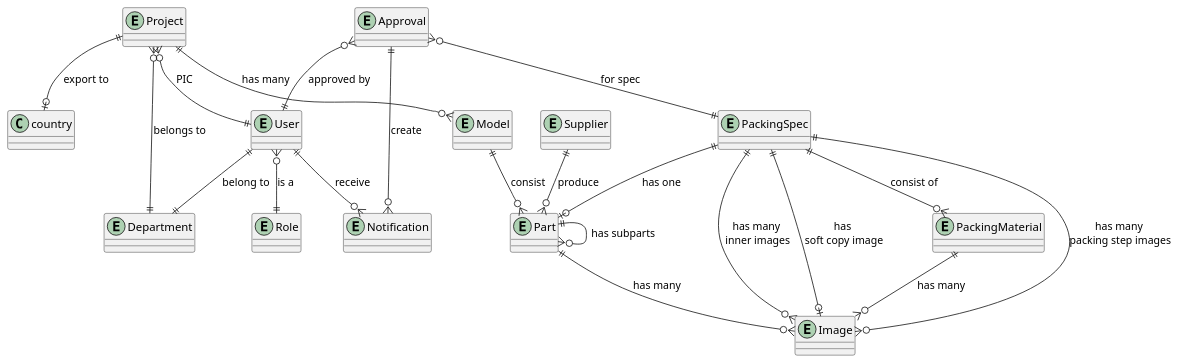
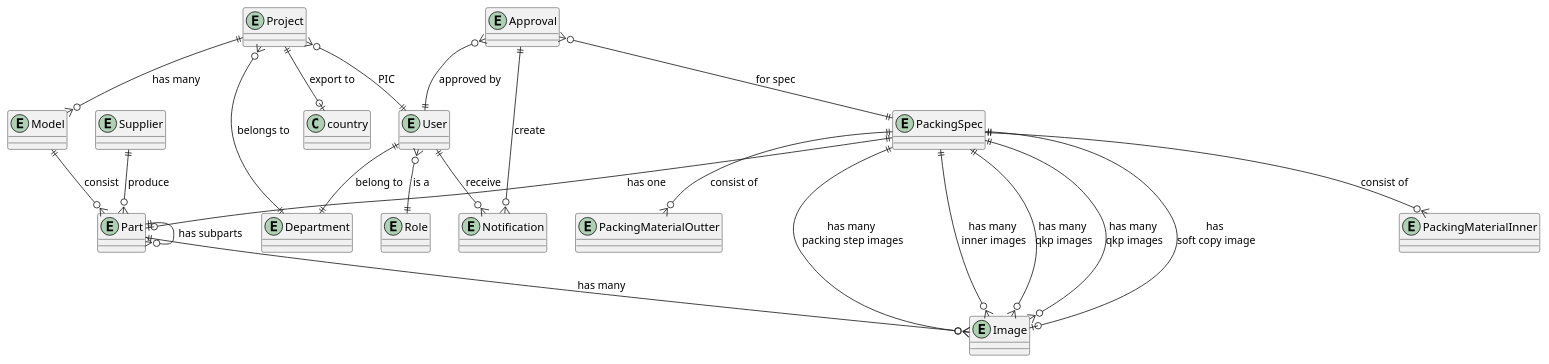
Before and after one commit to ari-fikri/packing-cost-diagrams: the diagram in ERD packing cost lv0.puml, drawn with PlantUML. The commit also changed 2 other files, not shown here.

Commit message:
- Change the primary key names in ERD packing cost level 1 - Add PackingMaterialInner and PackingMaterialOuter - Add DPI status diagram

```diff
--- a/ERD packing cost lv0.puml
+++ b/ERD packing cost lv0.puml
@@ -1,67 +1,73 @@
 @startuml
 
 entity "Project" as project {
 }
 
 entity "Model" as model {
 }
 
 entity "Part" as part {
 }
 
 entity "PackingSpec" as ps {
 }
 
-entity "PackingMaterial" as pm {
+entity "PackingMaterialInner" as pm_inner {
+}
+
+entity "PackingMaterialOutter" as pm_outer {
 }
 
 entity "Supplier" as supplier {
 }
 
 entity "Image" as img {
 }
 
 entity "User" as user {
 }
 
 entity "Department" as dept {
 }
 
 entity "Role" as role {
 }
 
 entity "Approval" as approval {
 }
 
 entity "Notification" as notif {
 
 }
 
 ' Relationships
 ps ||--o| part : "has one"
-ps ||--o{ pm : "consist of"
+ps ||--o{ pm_inner : "consist of"
+ps ||--o{ pm_outer : "consist of"
 ps ||--o{ img: "has many \npacking step images"
 ps ||--o{ img: "has many \ninner images"
+ps ||--o{ img: "has many \nqkp images"
+ps ||--o{ img: "has many \nqkp images"
 ps ||--o| img: "has \nsoft copy image"
 
 user ||--|| dept: "belong to"
 user }o--|| role : "is a"
 user ||--o{ notif: "receive"
 
 part ||--o{ part : "has subparts"
 part ||--o{ img : "has many"
 supplier ||--o{ part : "produce"
-pm ||--o{ img: "has many"
+'pm ||--o{ img: "has many"
 
 approval }o--|| user : "approved by"
 approval }o--|| ps : "for spec"
 approval ||--o{ notif : "create"
 
 project ||--o{ model : "has many"
 model ||--o{ part : "consist"
 project||--o| country : "export to"
 
 project }o--|| dept : "belongs to"
 project }o--|| user : "PIC"
 
 @enduml
```
